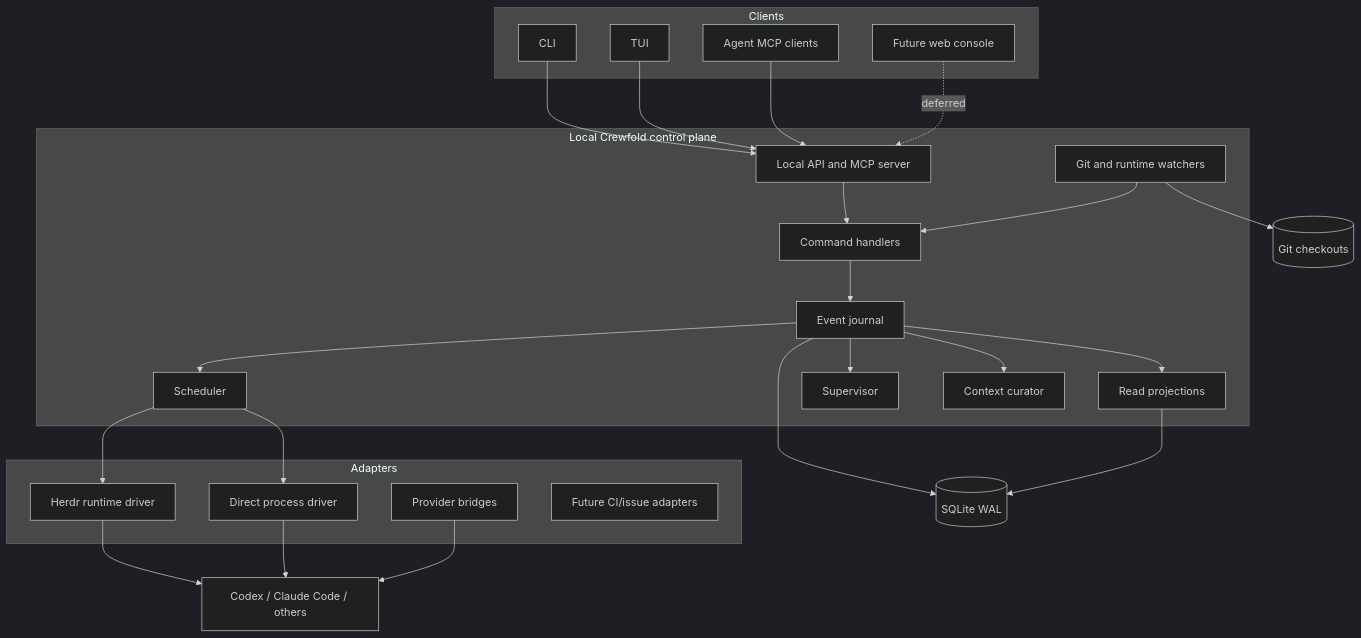
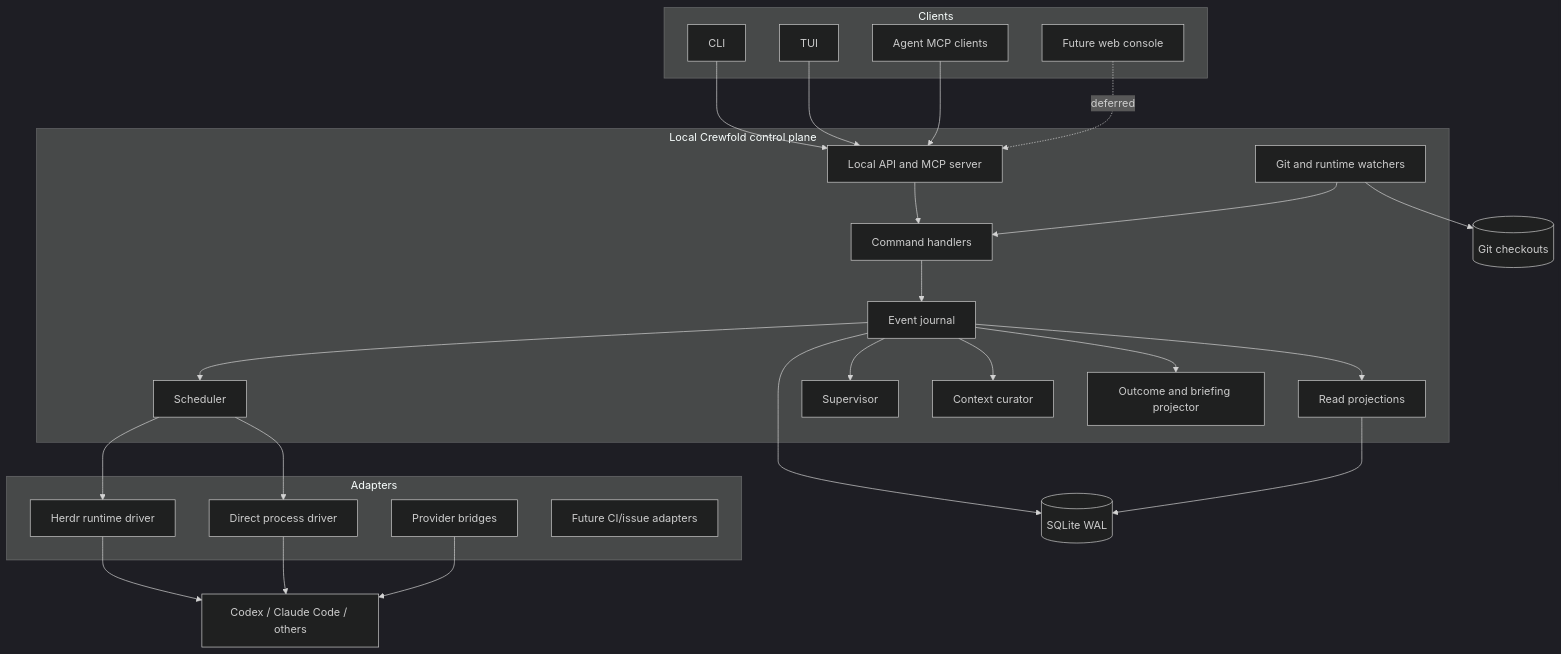
One commit to SvetlozarValchev/crewfold changed the first of 2 diagrams in docs/architecture.md. Above: the diagram before and after it, drawn with Mermaid (dark theme). The commit also changed other lines of this file and 15 other files, not shown here.

````diff
--- a/docs/architecture.md
+++ b/docs/architecture.md
@@ -9,51 +9,53 @@
 ```mermaid
 flowchart TB
     subgraph Clients
         CLI[CLI]
         TUI[TUI]
         AgentMCP[Agent MCP clients]
         FutureWeb[Future web console]
     end
 
     subgraph ControlPlane[Local Crewfold control plane]
         API[Local API and MCP server]
         Commands[Command handlers]
         Journal[Event journal]
         Projections[Read projections]
         Scheduler[Scheduler]
         Supervisor[Supervisor]
         Curator[Context curator]
+        Outcomes[Outcome and briefing projector]
         Watchers[Git and runtime watchers]
     end
 
     subgraph Adapters
         HerdrDriver[Herdr runtime driver]
         DirectDriver[Direct process driver]
         ProviderBridge[Provider bridges]
         External[Future CI/issue adapters]
     end
 
     DB[(SQLite WAL)]
     Git[(Git checkouts)]
     Providers[Codex / Claude Code / others]
 
     CLI --> API
     TUI --> API
     AgentMCP --> API
     FutureWeb -. deferred .-> API
     API --> Commands
     Commands --> Journal
     Journal --> Projections
     Journal --> Scheduler
     Journal --> Supervisor
     Journal --> Curator
+    Journal --> Outcomes
     Watchers --> Commands
     Journal --> DB
     Projections --> DB
     Scheduler --> HerdrDriver
     Scheduler --> DirectDriver
     HerdrDriver --> Providers
     DirectDriver --> Providers
     ProviderBridge --> Providers
     Watchers --> Git
 ```
````
